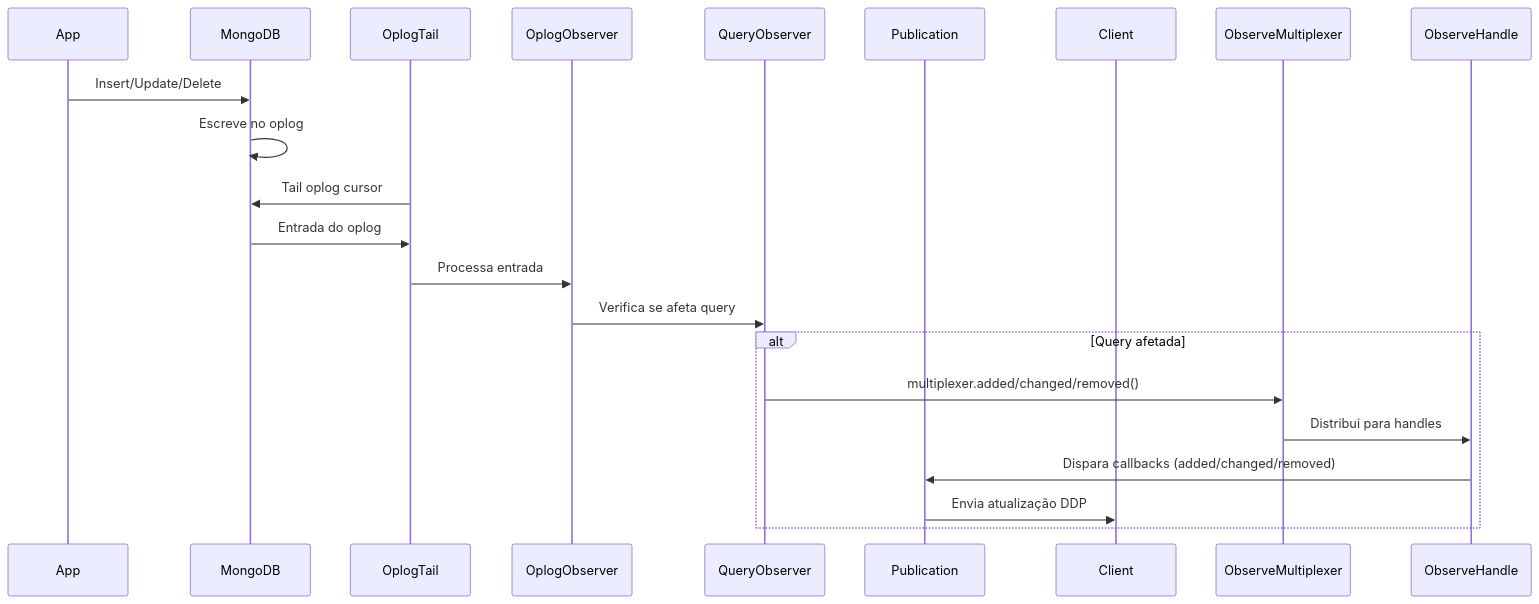
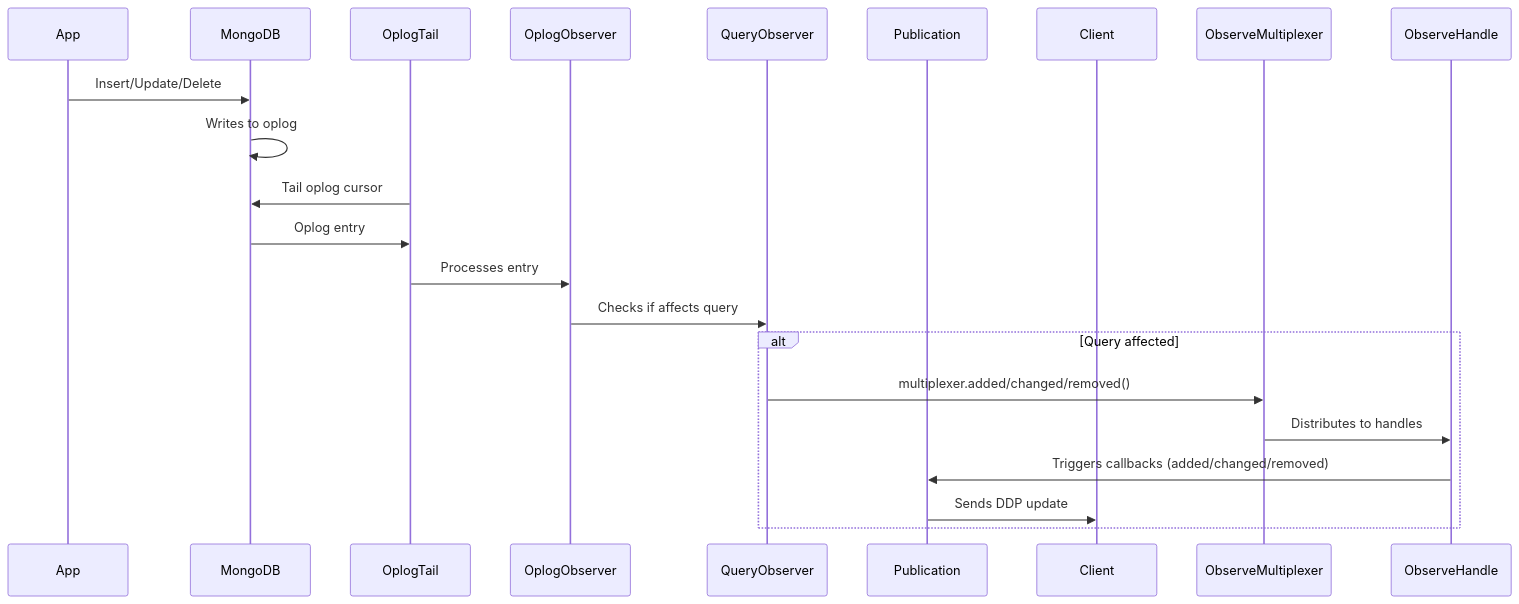
One commit to italojs/ddp-blog-post changed the tenth of 15 diagrams in readme.md. Above: the diagram before and after it, drawn with Mermaid. The commit also changed other lines of this file, not shown here.

````diff
--- a/readme.md
+++ b/readme.md
@@ -1755,23 +1755,23 @@
 ```mermaid
 sequenceDiagram
     participant App
     participant MongoDB
     participant OplogTail
     participant OplogObserver
     participant QueryObserver
     participant Publication
     participant Client
     
     App->>MongoDB: Insert/Update/Delete
-    MongoDB->>MongoDB: Escreve no oplog
+    MongoDB->>MongoDB: Writes to oplog
     OplogTail->>MongoDB: Tail oplog cursor
-    MongoDB->>OplogTail: Entrada do oplog
-    OplogTail->>OplogObserver: Processa entrada
-    OplogObserver->>QueryObserver: Verifica se afeta query
-    alt Query afetada
+    MongoDB->>OplogTail: Oplog entry
+    OplogTail->>OplogObserver: Processes entry
+    OplogObserver->>QueryObserver: Checks if affects query
+    alt Query affected
         QueryObserver->>ObserveMultiplexer: multiplexer.added/changed/removed()
-        ObserveMultiplexer->>ObserveHandle: Distribui para handles
-        ObserveHandle->>Publication: Dispara callbacks (added/changed/removed)
-        Publication->>Client: Envia atualização DDP
+        ObserveMultiplexer->>ObserveHandle: Distributes to handles
+        ObserveHandle->>Publication: Triggers callbacks (added/changed/removed)
+        Publication->>Client: Sends DDP update
     end
 ```
````
